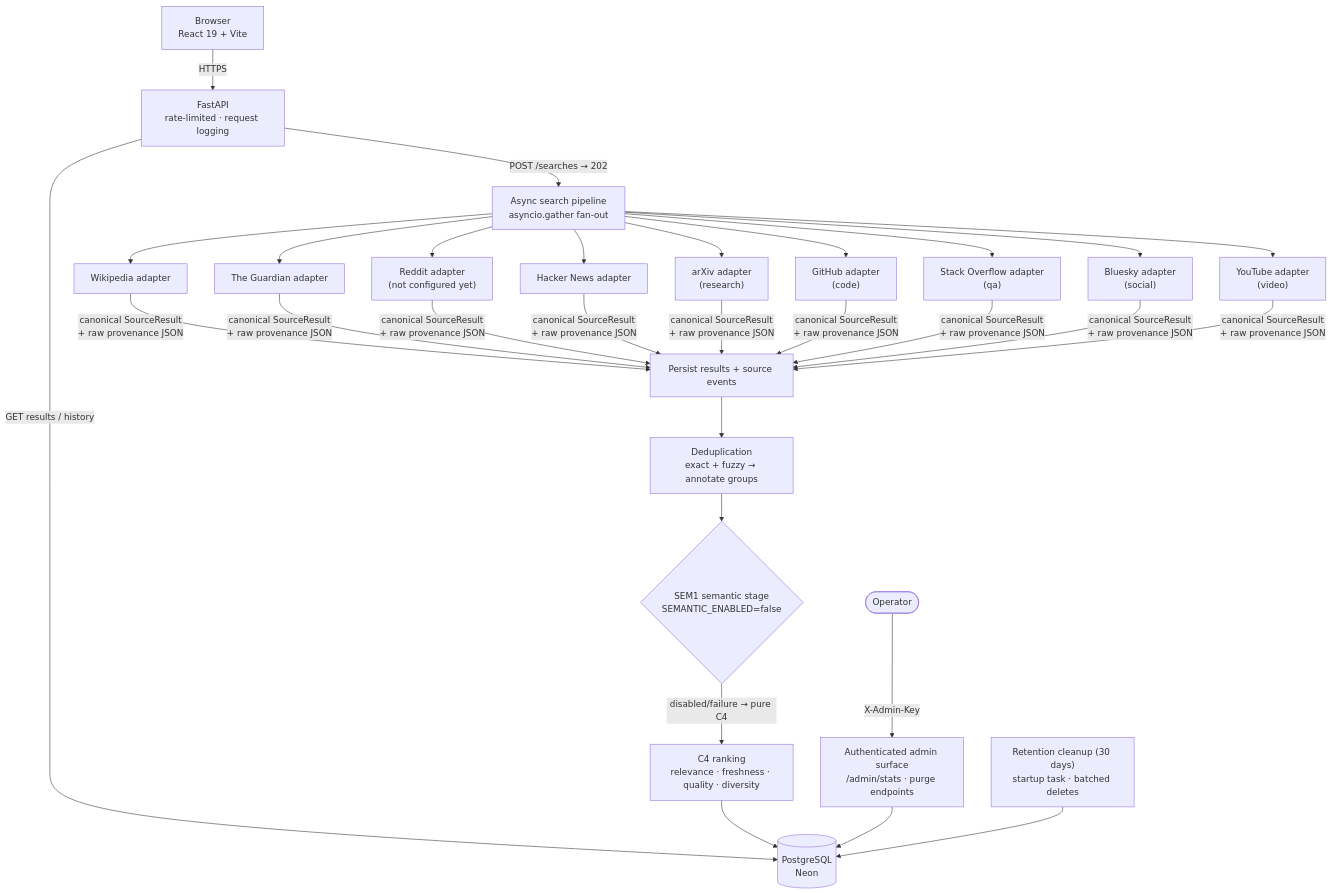
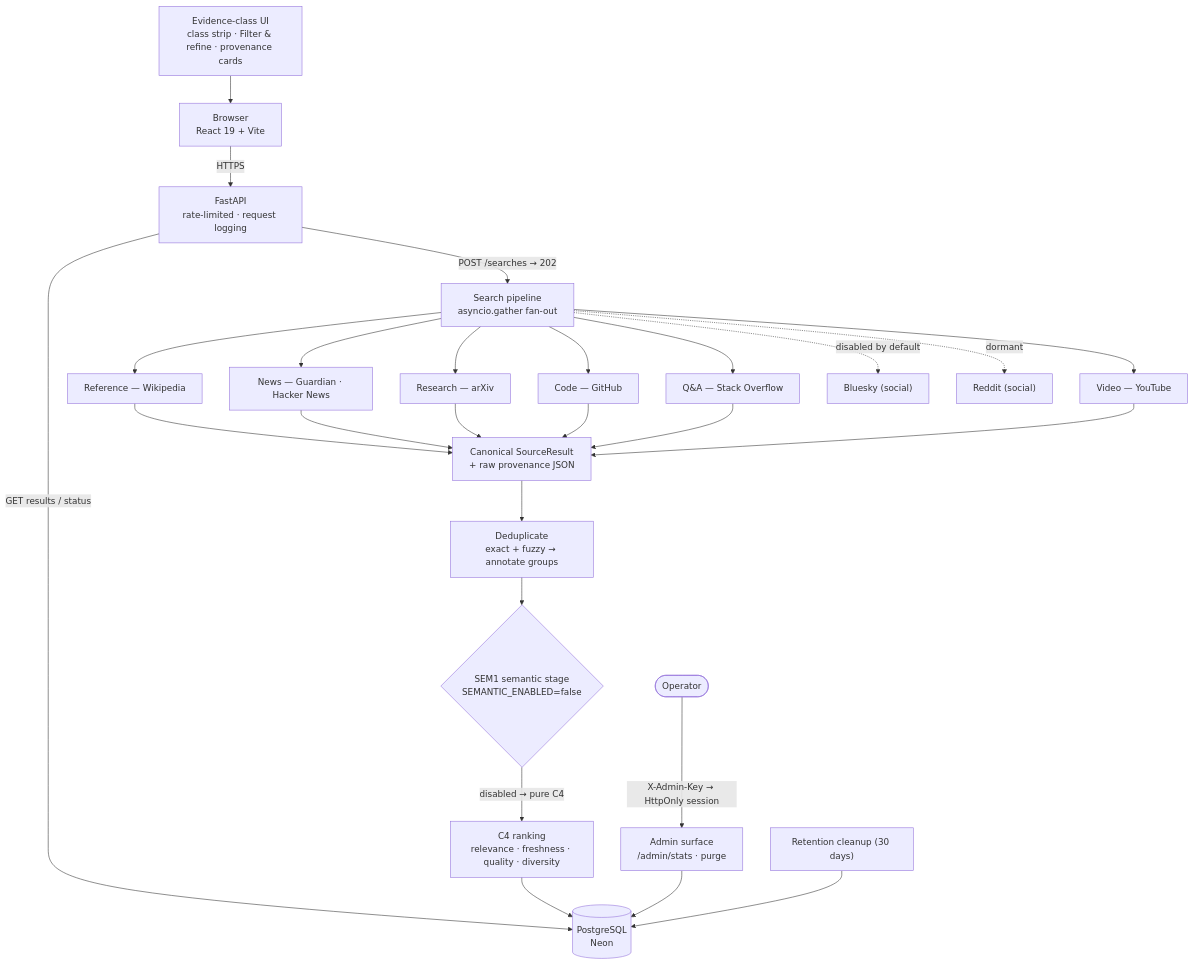
The diagram in README.md (sktharunbalaji13-cmd/signalpulse), drawn with Mermaid before and after one commit. The commit also changed other lines of this file and 6 other files, not shown here.

Commit message:
docs(M24): portfolio polish - final-state README, evidence-class & engineering story, roadmap completion

````diff
--- a/README.md
+++ b/README.md
@@ -41,29 +43,27 @@
 ```mermaid
 flowchart TB
     B["Browser<br/>React 19 + Vite"] -->|"HTTPS"| API["FastAPI<br/>rate-limited · request logging"]
 
-    API -->|"POST /searches → 202"| PIPE["Async search pipeline<br/>asyncio.gather fan-out"]
-    API -->|"GET results / history"| DB[("PostgreSQL<br/>Neon")]
+    API -->|"POST /searches → 202"| PIPE["Search pipeline<br/>asyncio.gather fan-out"]
+    API -->|"GET results / status"| DB[("PostgreSQL<br/>Neon")]
 
-    PIPE --> W["Wikipedia adapter"]
-    PIPE --> G["The Guardian adapter"]
-    PIPE --> R["Reddit adapter<br/>(not configured yet)"]
-    PIPE --> HN["Hacker News adapter"]
-    PIPE --> AX["arXiv adapter<br/>(research)"]
-    PIPE --> GH["GitHub adapter<br/>(code)"]
-    PIPE --> SO["Stack Overflow adapter<br/>(qa)"]
-    PIPE --> BS["Bluesky adapter<br/>(social)"]
-    PIPE --> YT["YouTube adapter<br/>(video)"]
+    PIPE --> REF["Reference — Wikipedia"]
+    PIPE --> NEWS["News — Guardian · Hacker News"]
+    PIPE --> RES["Research — arXiv"]
+    PIPE --> CODE["Code — GitHub"]
+    PIPE --> QA["Q&A — Stack Overflow"]
+    PIPE --> VID["Video — YouTube"]
+    PIPE -. "disabled by default" .-> BS["Bluesky (social)"]
+    PIPE -. "dormant" .-> RD["Reddit (social)"]
 
-    W & G & R & HN & AX & GH & SO & BS & YT -->|"canonical SourceResult<br/>+ raw provenance JSON"| PERSIST["Persist results + source events"]
-
-    PERSIST --> DEDUP["Deduplication<br/>exact + fuzzy → annotate groups"]
+    REF & NEWS & RES & CODE & QA & VID --> CANON["Canonical SourceResult<br/>+ raw provenance JSON"]
+    CANON --> DEDUP["Deduplicate<br/>exact + fuzzy → annotate groups"]
     DEDUP --> SEM{"SEM1 semantic stage<br/>SEMANTIC_ENABLED=false"}
-    SEM -->|"disabled/failure → pure C4"| RANK["C4 ranking<br/>relevance · freshness · quality · diversity"]
+    SEM -->|"disabled → pure C4"| RANK["C4 ranking<br/>relevance · freshness · quality · diversity"]
     RANK --> DB
 
-    ADMIN(["Operator"]) -->|"X-Admin-Key"| SEC["Authenticated admin surface<br/>/admin/stats · purge endpoints"]
-    SEC --> DB
-
-    CLEANUP["Retention cleanup (30 days)<br/>startup task · batched deletes"] --> DB
+    UI["Evidence-class UI<br/>class strip · Filter & refine · provenance cards"] --> B
+    ADMIN(["Operator"]) -->|"X-Admin-Key → HttpOnly session"| OPS["Admin surface<br/>/admin/stats · purge"]
+    OPS --> DB
+    CLEANUP["Retention cleanup (30 days)"] --> DB
 ```
````
